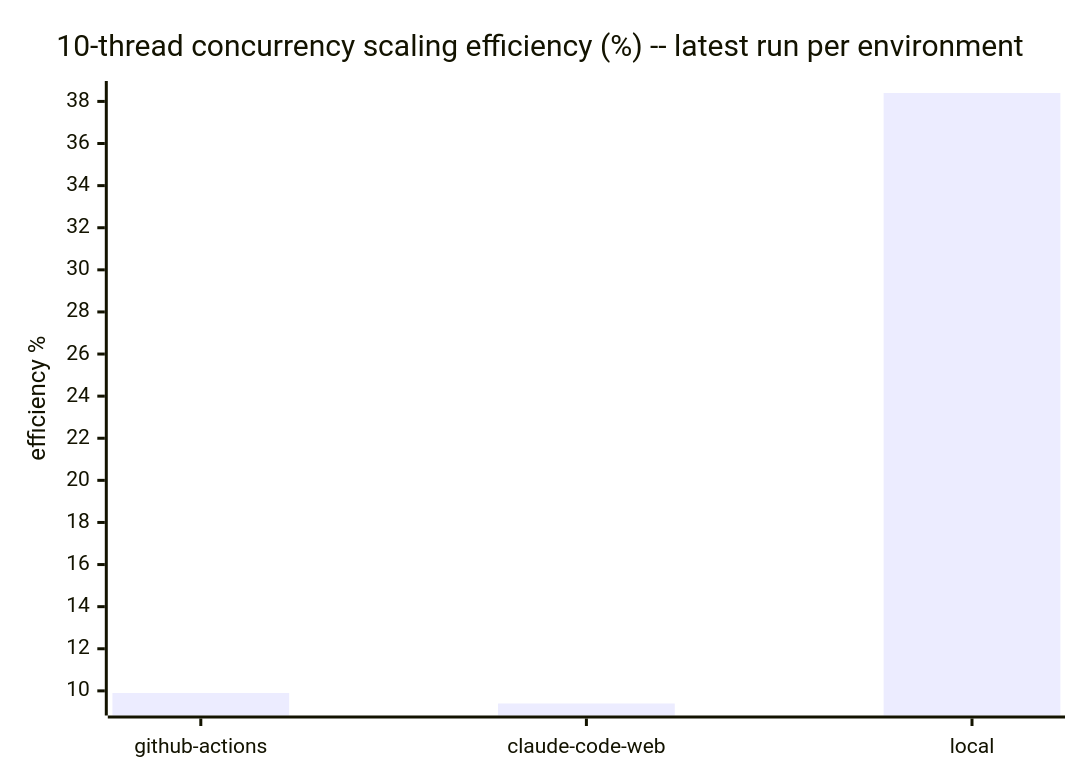
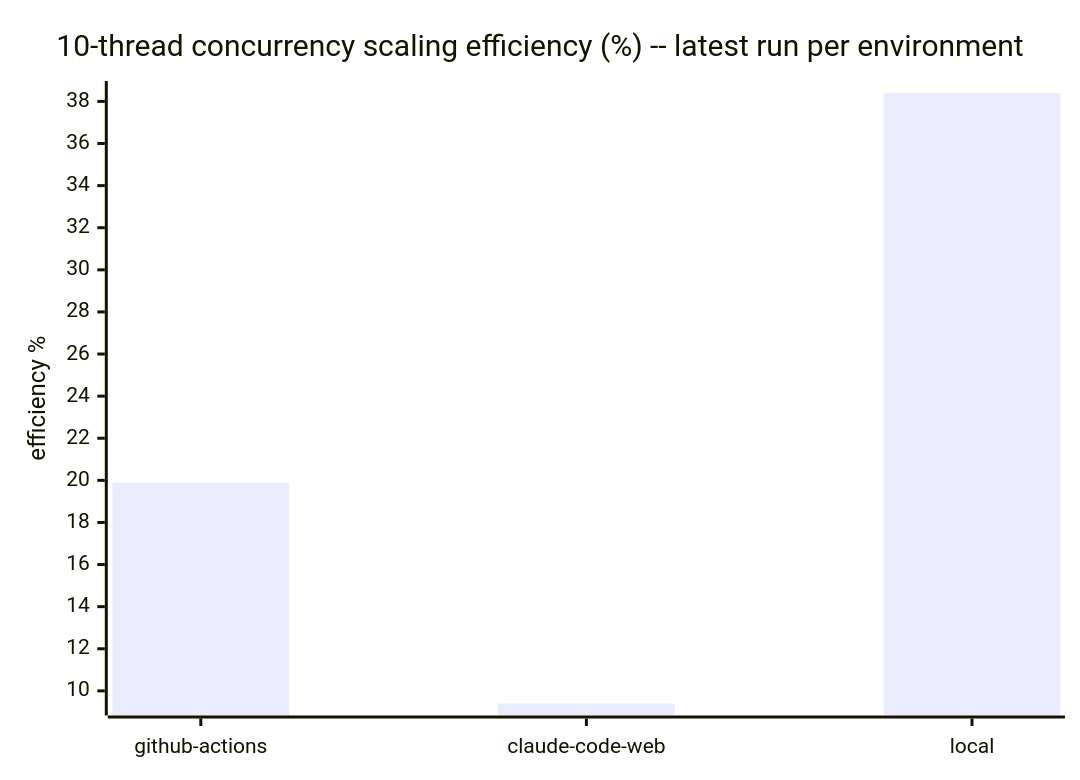
The fourth of 4 diagrams in docs/benchmarks/README.md (cpb/duckling), drawn with Mermaid before and after one commit. The commit also changed other lines of this file and 1 other file, not shown here.

Commit message:
Record github-actions benchmark for PR #50 (post-#64 dispatch schema) [benchmark-record]

````diff
--- a/docs/benchmarks/README.md
+++ b/docs/benchmarks/README.md
@@ -99,7 +121,7 @@
 ```mermaid
 xychart-beta
     title "10-thread concurrency scaling efficiency (%) -- latest run per environment"
     x-axis [github-actions, claude-code-web, local]
     y-axis "efficiency %"
-    bar "efficiency_pct" [9.9, 9.4, 38.4]
+    bar "efficiency_pct" [19.9, 9.4, 38.4]
 ```
````
